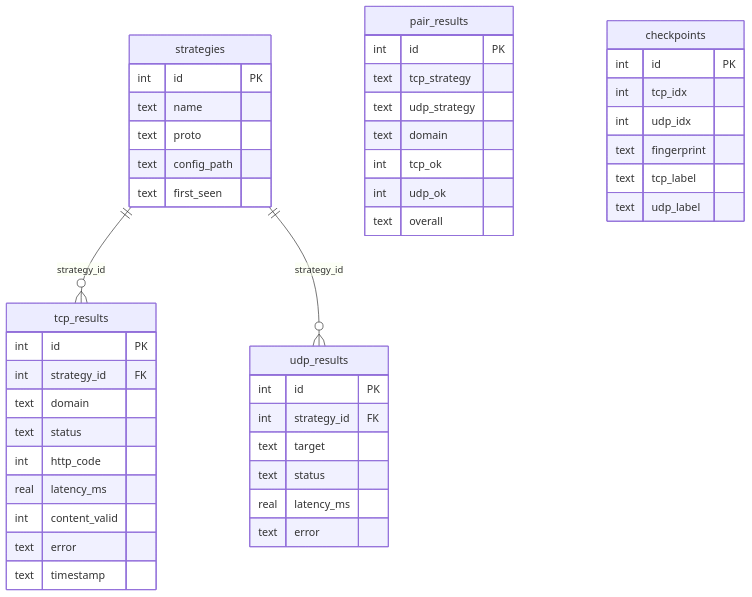
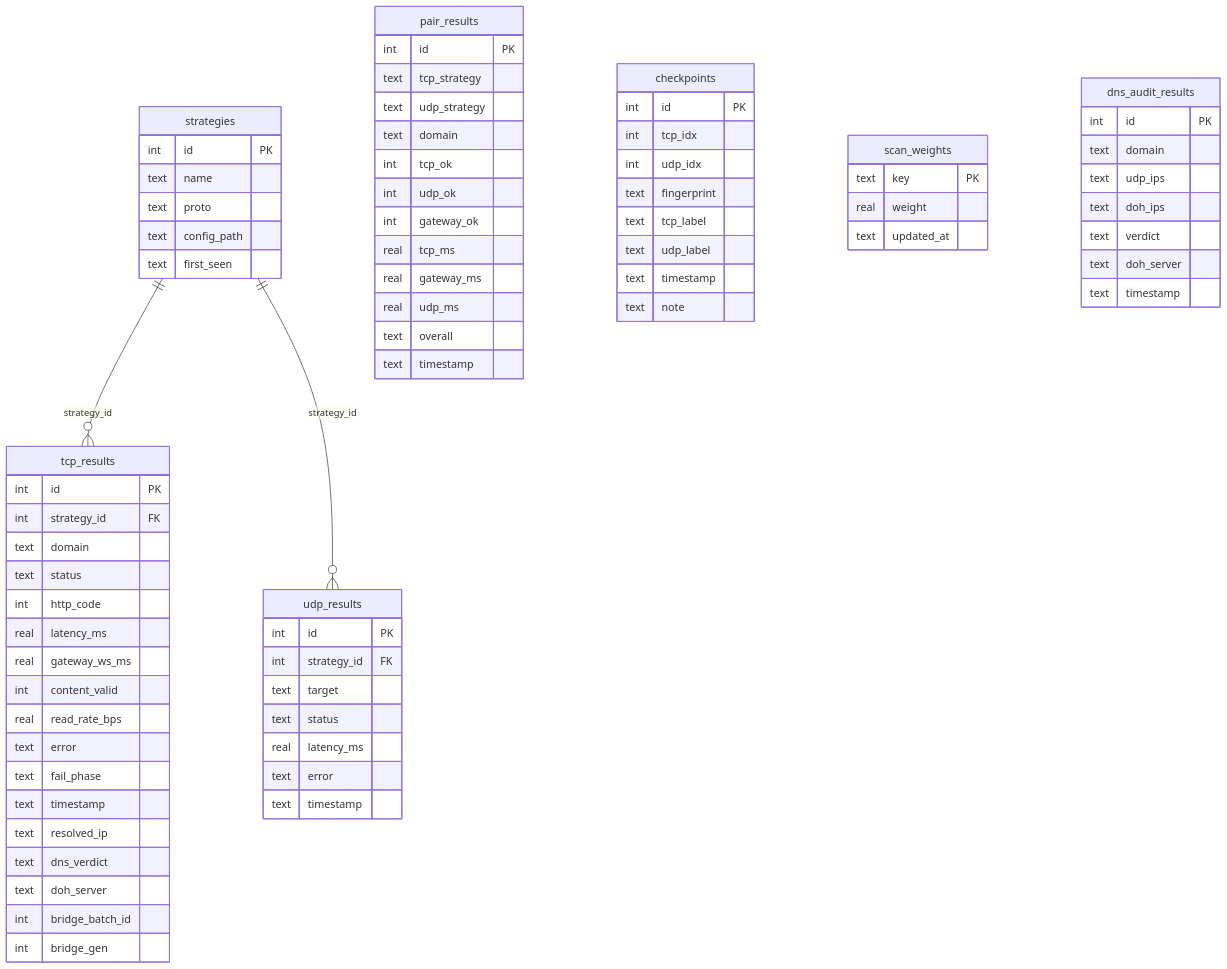
One commit to zhoel-sherk/blockcheckS changed the diagram in docs/database.md. Above: the diagram before and after it, drawn with Mermaid. The commit also changed other lines of this file and 15 other files, not shown here.

````diff
--- a/docs/database.md
+++ b/docs/database.md
@@ -10,48 +11,78 @@
 ```mermaid
 erDiagram
   strategies ||--o{ tcp_results : strategy_id
   strategies ||--o{ udp_results : strategy_id
   strategies {
     int id PK
     text name
     text proto
     text config_path
     text first_seen
   }
   tcp_results {
     int id PK
     int strategy_id FK
     text domain
     text status
     int http_code
     real latency_ms
+    real gateway_ws_ms
     int content_valid
+    real read_rate_bps
     text error
+    text fail_phase
     text timestamp
+    text resolved_ip
+    text dns_verdict
+    text doh_server
+    int bridge_batch_id
+    int bridge_gen
   }
   udp_results {
     int id PK
     int strategy_id FK
     text target
     text status
     real latency_ms
     text error
+    text timestamp
   }
   pair_results {
     int id PK
     text tcp_strategy
     text udp_strategy
     text domain
     int tcp_ok
     int udp_ok
+    int gateway_ok
+    real tcp_ms
+    real gateway_ms
+    real udp_ms
     text overall
+    text timestamp
   }
   checkpoints {
     int id PK
     int tcp_idx
     int udp_idx
     text fingerprint
     text tcp_label
     text udp_label
+    text timestamp
+    text note
+  }
+  scan_weights {
+    text key PK
+    real weight
+    text updated_at
+  }
+  dns_audit_results {
+    int id PK
+    text domain
+    text udp_ips
+    text doh_ips
+    text verdict
+    text doh_server
+    text timestamp
   }
 ```
````
